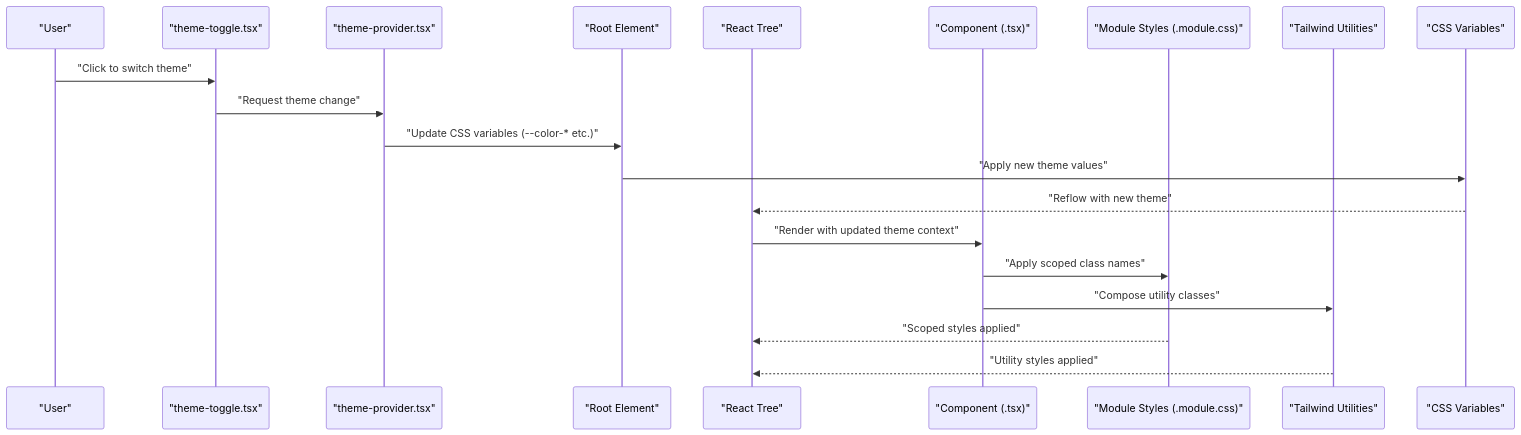
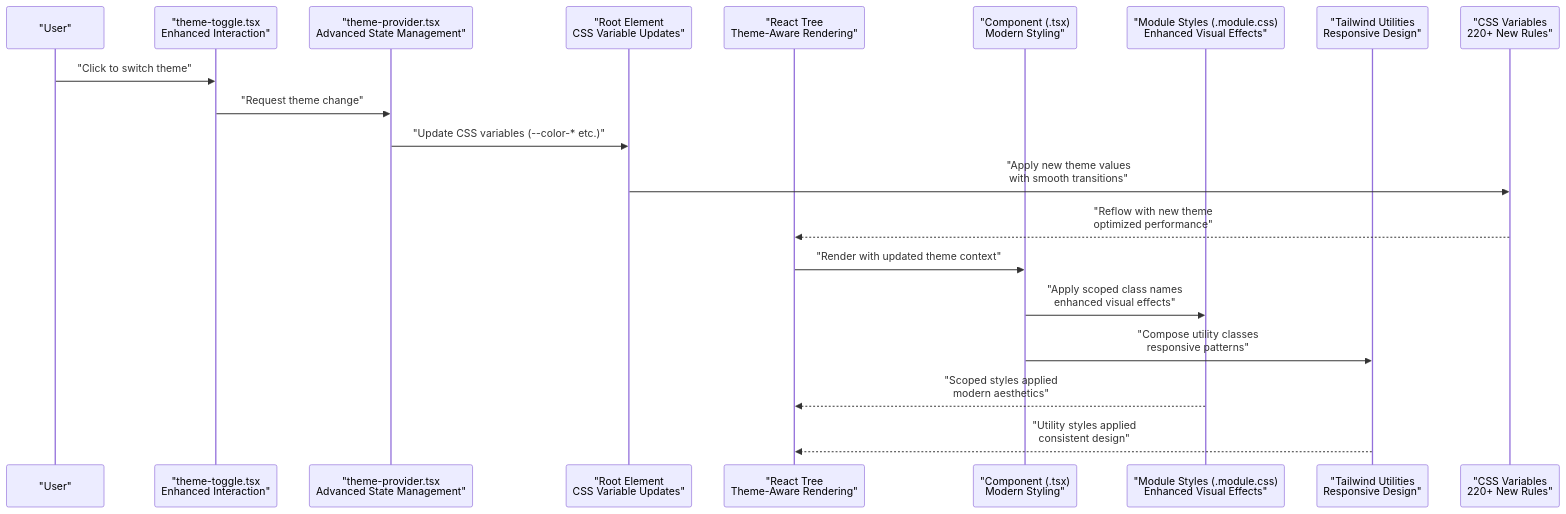
Before and after one commit to HassanAmeer/cheaprouter: the second of 10 diagrams in .qoder/repowiki/en/content/Frontend Architecture/Styling System.md, drawn with Mermaid. The commit also changed other lines of this file and 10 other files, not shown here.

````diff
--- a/.qoder/repowiki/en/content/Frontend Architecture/Styling System.md
+++ b/.qoder/repowiki/en/content/Frontend Architecture/Styling System.md
@@ -183,22 +184,22 @@
 ```mermaid
 sequenceDiagram
 participant User as "User"
-participant Toggle as "theme-toggle.tsx"
-participant Provider as "theme-provider.tsx"
-participant Root as "Root Element"
-participant App as "React Tree"
-participant Comp as "Component (.tsx)"
-participant Mod as "Module Styles (.module.css)"
-participant Tailwind as "Tailwind Utilities"
-participant CSSVars as "CSS Variables"
+participant Toggle as "theme-toggle.tsx<br/>Enhanced Interaction"
+participant Provider as "theme-provider.tsx<br/>Advanced State Management"
+participant Root as "Root Element<br/>CSS Variable Updates"
+participant App as "React Tree<br/>Theme-Aware Rendering"
+participant Comp as "Component (.tsx)<br/>Modern Styling"
+participant Mod as "Module Styles (.module.css)<br/>Enhanced Visual Effects"
+participant Tailwind as "Tailwind Utilities<br/>Responsive Design"
+participant CSSVars as "CSS Variables<br/>220+ New Rules"
 User->>Toggle : "Click to switch theme"
 Toggle->>Provider : "Request theme change"
 Provider->>Root : "Update CSS variables (--color-* etc.)"
-Root->>CSSVars : "Apply new theme values"
-CSSVars-->>App : "Reflow with new theme"
+Root->>CSSVars : "Apply new theme values<br/>with smooth transitions"
+CSSVars-->>App : "Reflow with new theme<br/>optimized performance"
 App->>Comp : "Render with updated theme context"
-Comp->>Mod : "Apply scoped class names"
-Comp->>Tailwind : "Compose utility classes"
-Mod-->>App : "Scoped styles applied"
-Tailwind-->>App : "Utility styles applied"
+Comp->>Mod : "Apply scoped class names<br/>enhanced visual effects"
+Comp->>Tailwind : "Compose utility classes<br/>responsive patterns"
+Mod-->>App : "Scoped styles applied<br/>modern aesthetics"
+Tailwind-->>App : "Utility styles applied<br/>consistent design"
 ```
````
